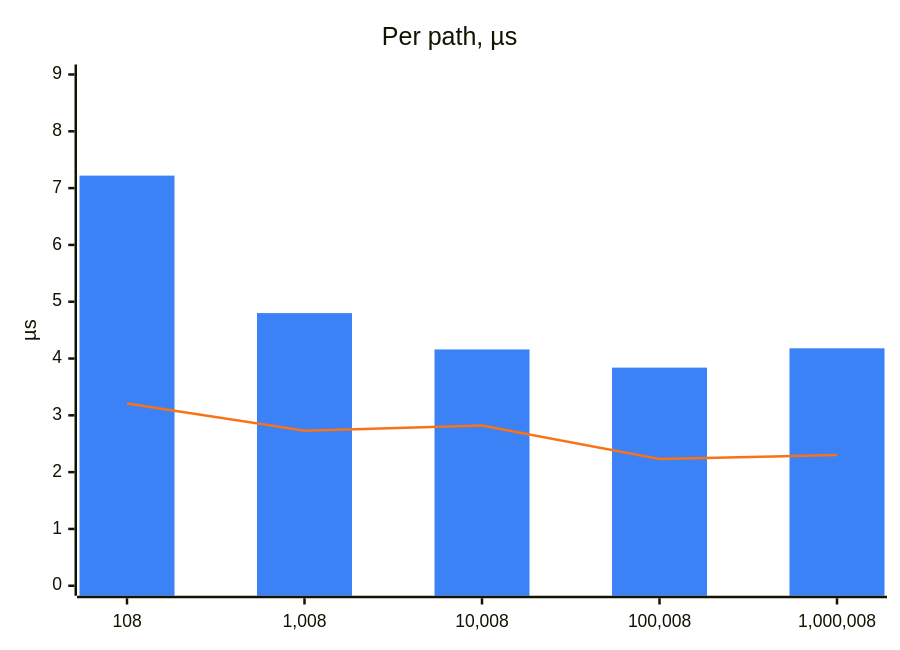
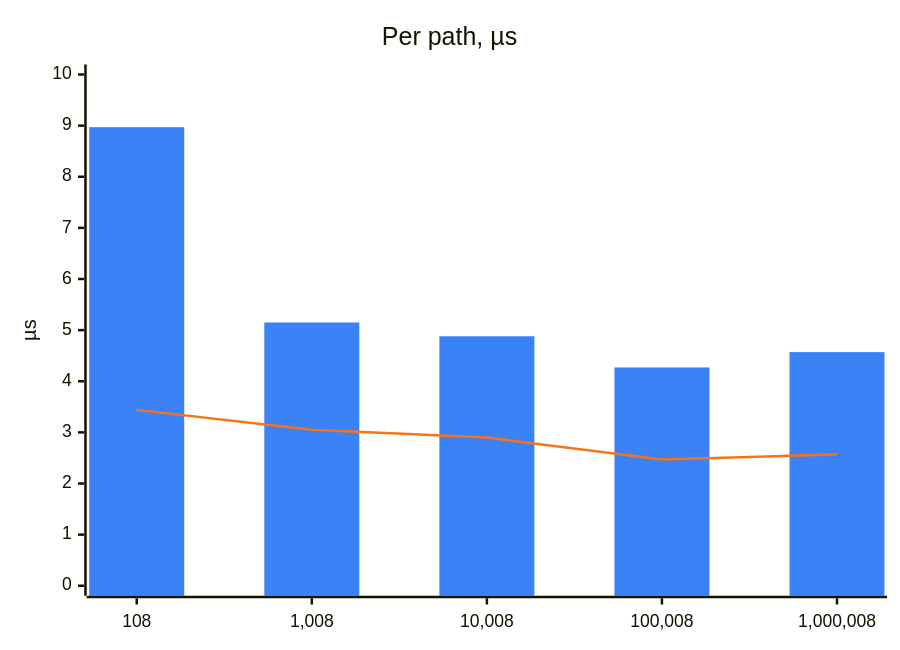
The second of 4 diagrams in website/src/content/docs/internal/performance.md (DyHex/POMWright), drawn with Mermaid before and after one commit. The commit also changed other lines of this file and 2 other files, not shown here.

````diff
--- a/website/src/content/docs/internal/performance.md
+++ b/website/src/content/docs/internal/performance.md
@@ -80,9 +84,9 @@
 ```mermaid
 %%{init: {"themeVariables": {"xyChart": {"plotColorPalette": "#3b82f6, #f97316"}}}}%%
 xychart-beta
   title "Per path, µs"
   x-axis ["108", "1,008", "10,008", "100,008", "1,000,008"]
-  y-axis "µs" 0 --> 9
-  bar [7.22, 4.8, 4.16, 3.84, 4.18]
-  line [3.21, 2.73, 2.82, 2.23, 2.3]
+  y-axis "µs" 0 --> 10
+  bar [8.97, 5.15, 4.88, 4.27, 4.57]
+  line [3.44, 3.05, 2.9, 2.47, 2.57]
 ```
````
